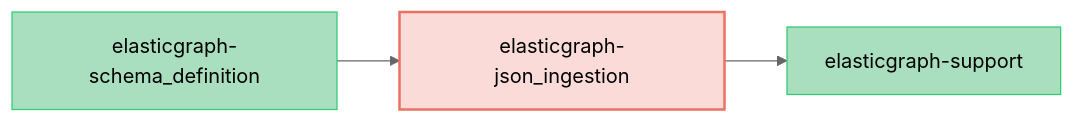
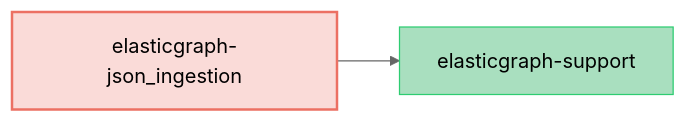
One commit to block/elasticgraph changed the diagram in elasticgraph-json_ingestion/README.md. Above: the diagram before and after it, drawn with Mermaid (neutral theme). The commit also changed other lines of this file and 80 other files, not shown here.

Commit message:
Use JSON ingestion as schema definition extension

````diff
--- a/elasticgraph-json_ingestion/README.md
+++ b/elasticgraph-json_ingestion/README.md
@@ -10,14 +10,11 @@
 ```mermaid
 graph LR;
     classDef targetGemStyle fill:#FADBD8,stroke:#EC7063,color:#000,stroke-width:2px;
     classDef otherEgGemStyle fill:#A9DFBF,stroke:#2ECC71,color:#000;
     classDef externalGemStyle fill:#E0EFFF,stroke:#70A1D7,color:#2980B9;
     elasticgraph-json_ingestion["elasticgraph-json_ingestion"];
     class elasticgraph-json_ingestion targetGemStyle;
     elasticgraph-support["elasticgraph-support"];
     elasticgraph-json_ingestion --> elasticgraph-support;
     class elasticgraph-support otherEgGemStyle;
-    elasticgraph-schema_definition["elasticgraph-schema_definition"];
-    elasticgraph-schema_definition --> elasticgraph-json_ingestion;
-    class elasticgraph-schema_definition otherEgGemStyle;
 ```
````
